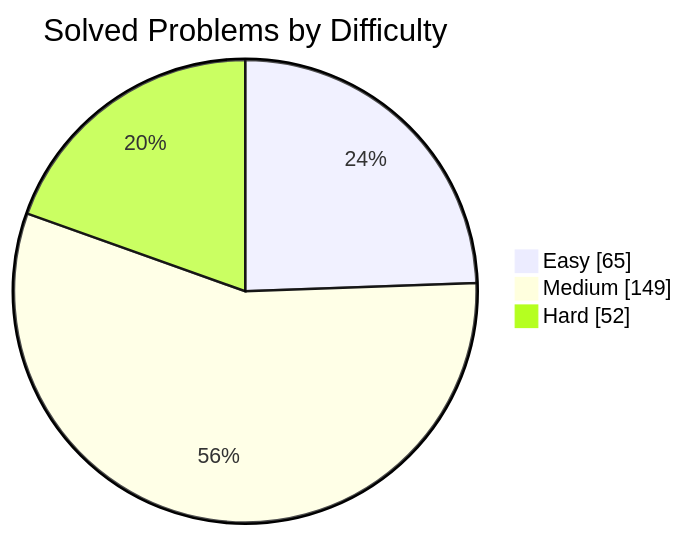
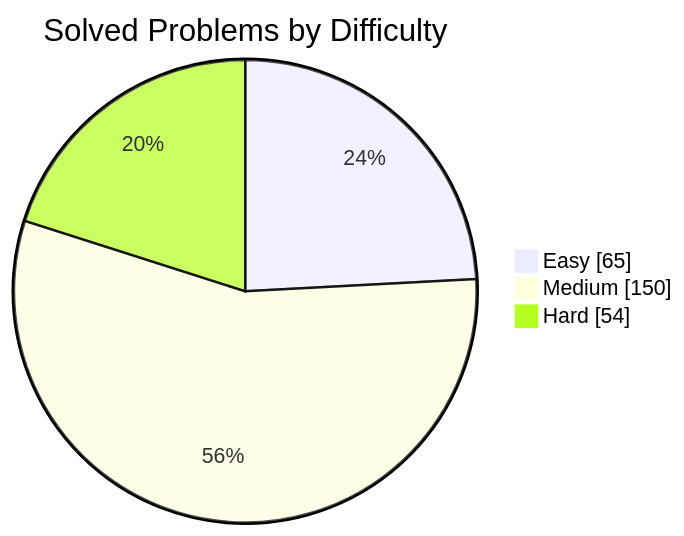
Before and after one commit to manikantbindass/DSA-Preparation-FAANG: the first of 2 diagrams in README.md, drawn with Mermaid. The commit also changed other lines of this file and 1 other file, not shown here.

````diff
--- a/README.md
+++ b/README.md
@@ -42,7 +42,7 @@
 ```mermaid
 pie showData
     title Solved Problems by Difficulty
     "Easy" : 65
-    "Medium" : 149
-    "Hard" : 52
+    "Medium" : 150
+    "Hard" : 54
 ```
````
